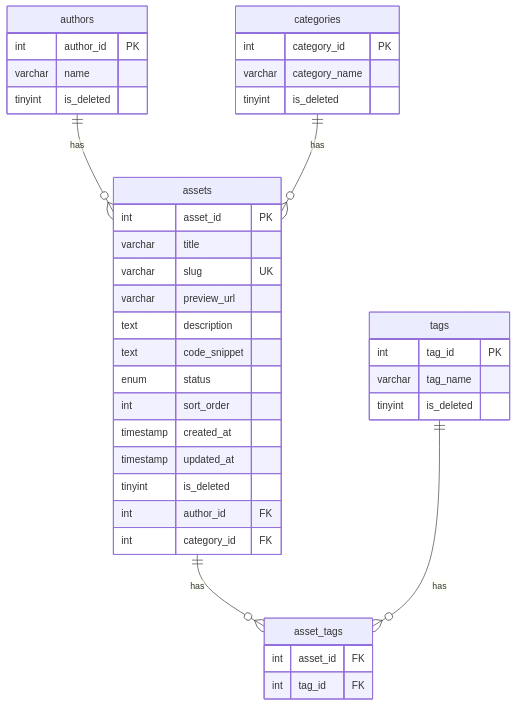
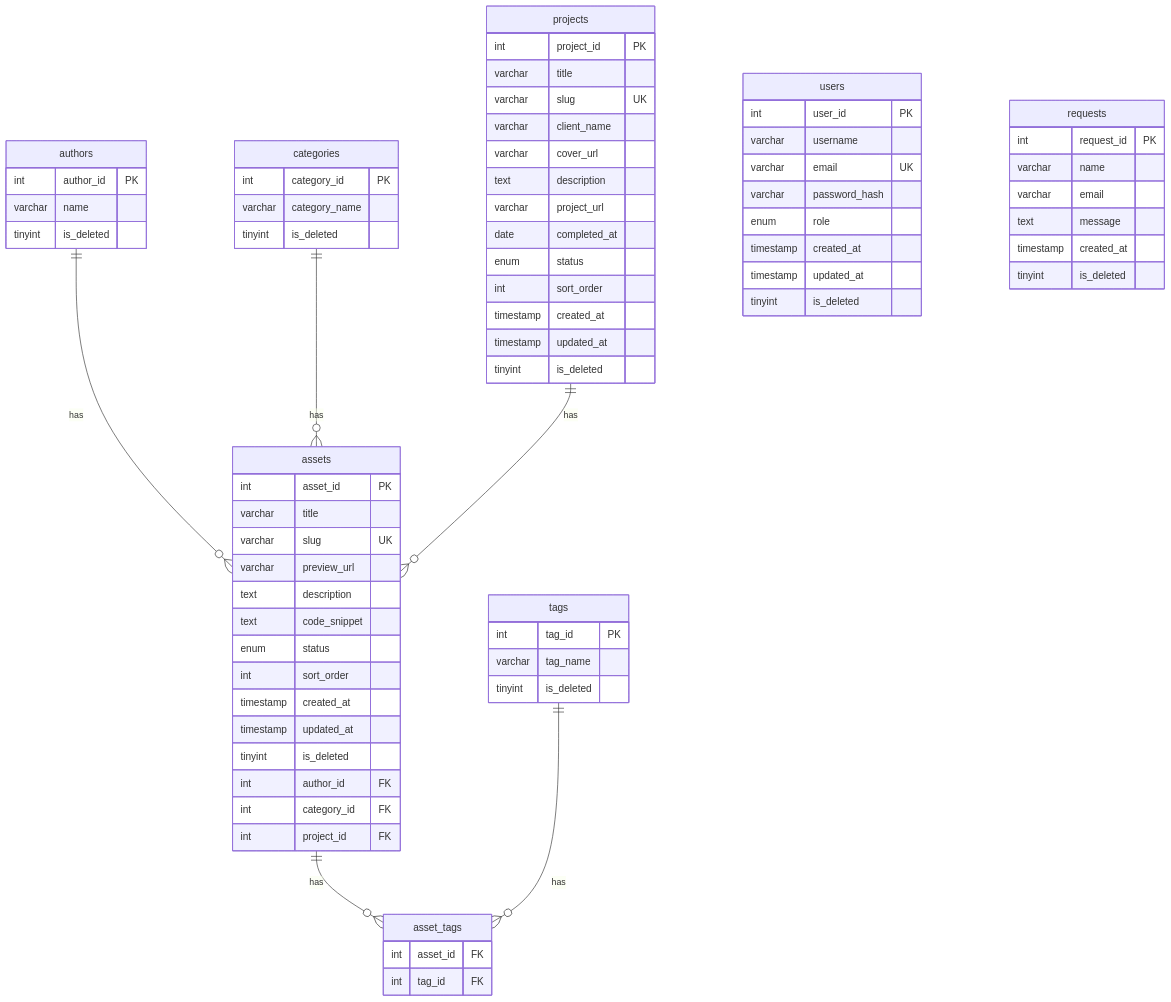
Before and after one commit to minecraft15611-paul/Product-official: the diagram in sql/DATABASE_GUIDE.md, drawn with Mermaid. The commit also changed other lines of this file and 1 other file, not shown here.

Commit message:
update: schema.sql and DATABASE_GUIDE, full rebuild

````diff
--- a/sql/DATABASE_GUIDE.md
+++ b/sql/DATABASE_GUIDE.md
@@ -11,42 +11,77 @@
 ```mermaid
 erDiagram
     authors {
         int author_id PK
         varchar name
         tinyint is_deleted
     }
     categories {
         int category_id PK
         varchar category_name
         tinyint is_deleted
     }
     tags {
         int tag_id PK
         varchar tag_name
         tinyint is_deleted
     }
+    projects {
+        int project_id PK
+        varchar title
+        varchar slug UK
+        varchar client_name
+        varchar cover_url
+        text description
+        varchar project_url
+        date completed_at
+        enum status
+        int sort_order
+        timestamp created_at
+        timestamp updated_at
+        tinyint is_deleted
+    }
     assets {
         int asset_id PK
         varchar title
         varchar slug UK
         varchar preview_url
         text description
         text code_snippet
         enum status
         int sort_order
         timestamp created_at
         timestamp updated_at
         tinyint is_deleted
         int author_id FK
         int category_id FK
+        int project_id FK
     }
     asset_tags {
         int asset_id FK
         int tag_id FK
     }
+    users {
+        int user_id PK
+        varchar username
+        varchar email UK
+        varchar password_hash
+        enum role
+        timestamp created_at
+        timestamp updated_at
+        tinyint is_deleted
+    }
+    requests {
+        int request_id PK
+        varchar name
+        varchar email
+        text message
+        timestamp created_at
+        tinyint is_deleted
+    }
 
     authors ||--o{ assets : "has"
     categories ||--o{ assets : "has"
+    projects ||--o{ assets : "has"
     assets ||--o{ asset_tags : "has"
     tags ||--o{ asset_tags : "has"
 ```
````
